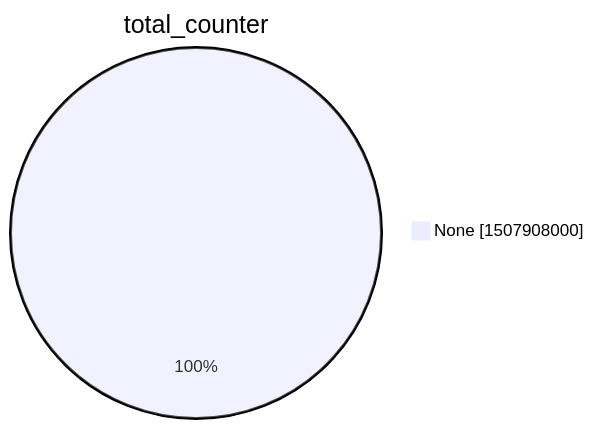
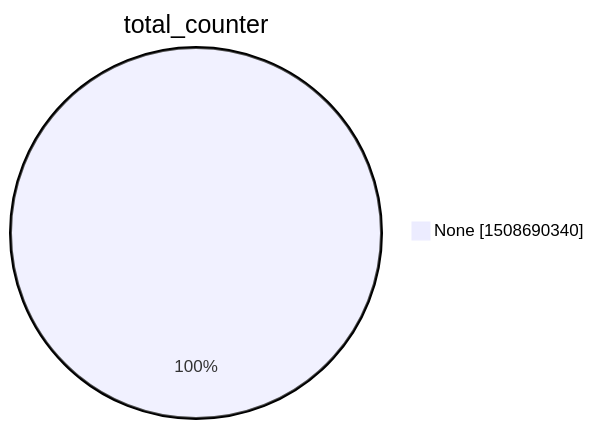
One commit to christiankrug/ctmonitor_visualization changed the second of 15 diagrams in xenon2022/README.md. Above: the diagram before and after it, drawn with Mermaid. The commit also changed other lines of this file, not shown here.

````diff
--- a/xenon2022/README.md
+++ b/xenon2022/README.md
@@ -9,5 +9,5 @@
 ```mermaid
 pie showData
 title total_counter
-"None" :1507908000
+"None" :1508690340
 ```
````
